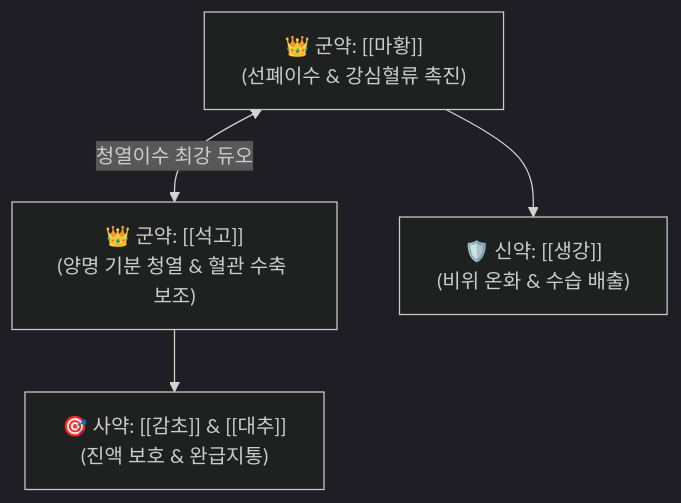
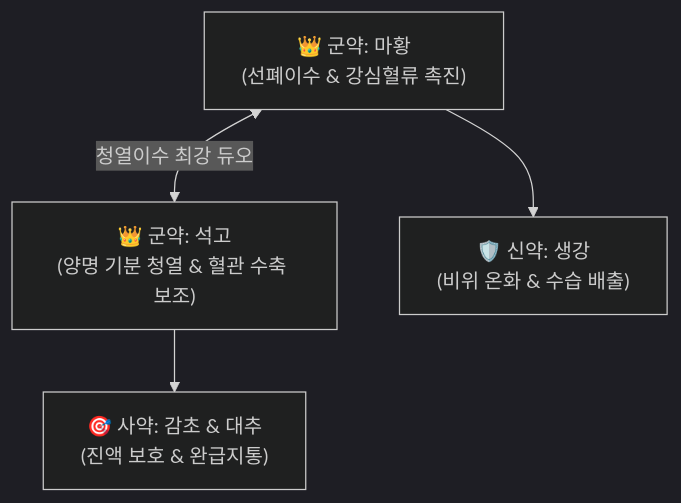
One commit to simbio11/simbio-digital-garden2 changed the diagram in content/2. 약리 공부/처방/01_해표제/월비탕.md. Above: the diagram before and after it, drawn with Mermaid (dark theme). The commit also changed other lines of this file and 323 other files, not shown here.

````diff
--- a/content/2. 약리 공부/처방/01_해표제/월비탕.md
+++ b/content/2. 약리 공부/처방/01_해표제/월비탕.md
@@ -44,6 +47,6 @@
 ```mermaid
 graph TD
-    MH["👑 군약: [[마황]]<br>(선폐이수 & 강심혈류 촉진)"] <-->|청열이수 최강 듀오| SG["👑 군약: [[석고]]<br>(양명 기분 청열 & 혈관 수축 보조)"]
-    MH --> SJ["🛡️ 신약: [[생강]]<br>(비위 온화 & 수습 배출)"]
-    SG --> GC["🎯 사약: [[감초]] & [[대추]]<br>(진액 보호 & 완급지통)"]
+    MH["👑 군약: 마황<br>(선폐이수 & 강심혈류 촉진)"] <-->|청열이수 최강 듀오| SG["👑 군약: 석고<br>(양명 기분 청열 & 혈관 수축 보조)"]
+    MH --> SJ["🛡️ 신약: 생강<br>(비위 온화 & 수습 배출)"]
+    SG --> GC["🎯 사약: 감초 & 대추<br>(진액 보호 & 완급지통)"]
 ```
````
